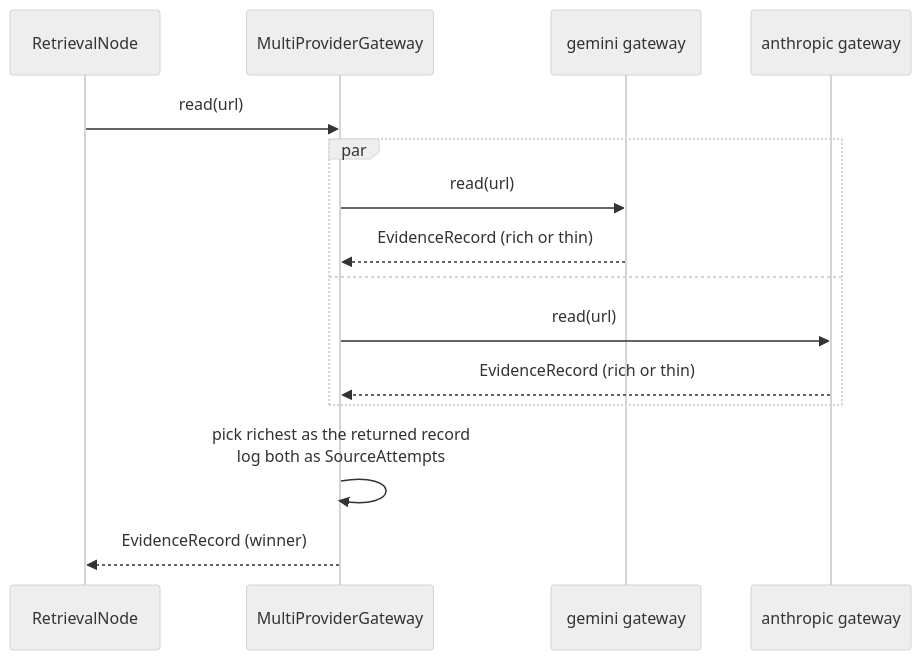
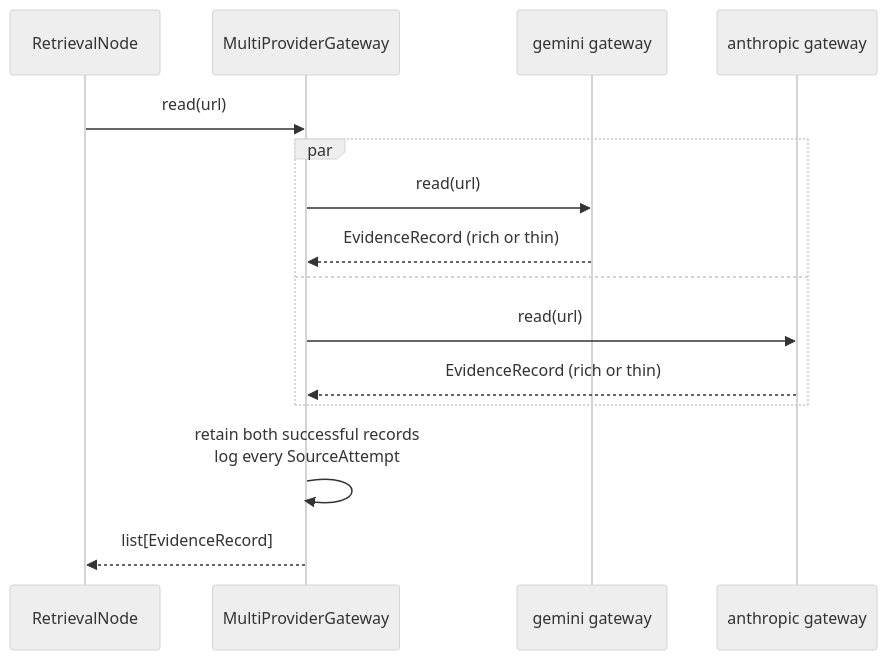
The second of 3 diagrams in MULTI-PROVIDER-PLAN.md (mdfranz/pydagy-research), drawn with Mermaid (neutral theme) before and after one commit. The commit also changed other lines of this file and 3 other files, not shown here.

````diff
--- a/MULTI-PROVIDER-PLAN.md
+++ b/MULTI-PROVIDER-PLAN.md
@@ -128,18 +178,18 @@
 ```mermaid
 sequenceDiagram
     participant R as RetrievalNode
     participant MP as MultiProviderGateway
     participant G as gemini gateway
     participant A as anthropic gateway
 
     R->>MP: read(url)
     par
         MP->>G: read(url)
         G-->>MP: EvidenceRecord (rich or thin)
     and
         MP->>A: read(url)
         A-->>MP: EvidenceRecord (rich or thin)
     end
-    MP->>MP: pick richest as the returned record<br/>log both as SourceAttempts
-    MP-->>R: EvidenceRecord (winner)
+    MP->>MP: retain both successful records<br/>log every SourceAttempt
+    MP-->>R: list[EvidenceRecord]
 ```
````
